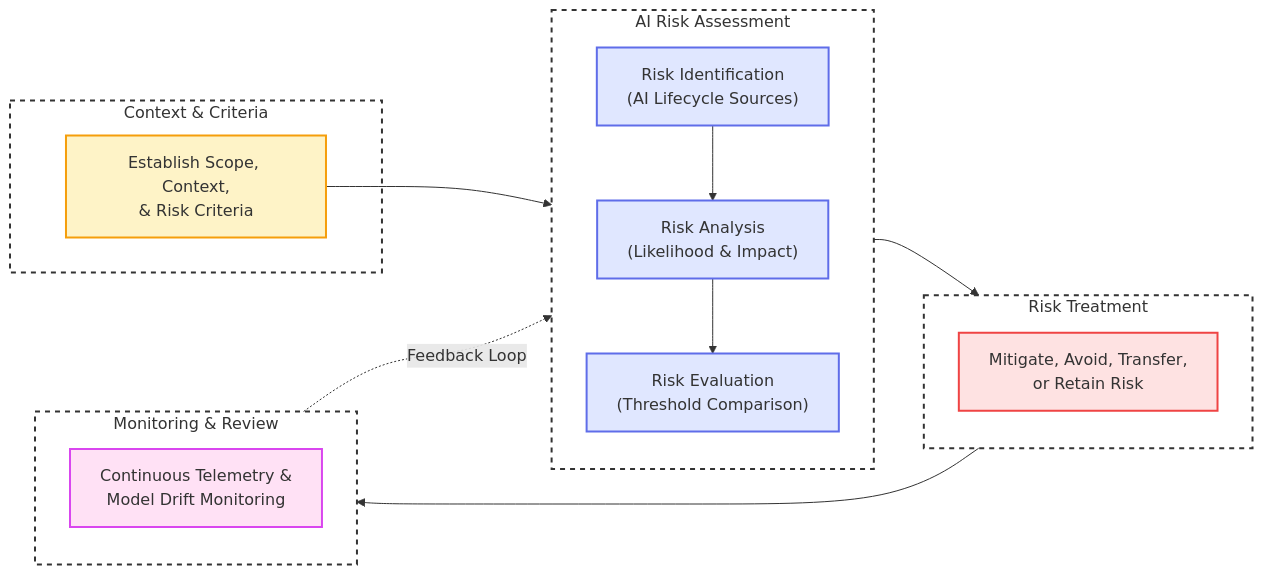
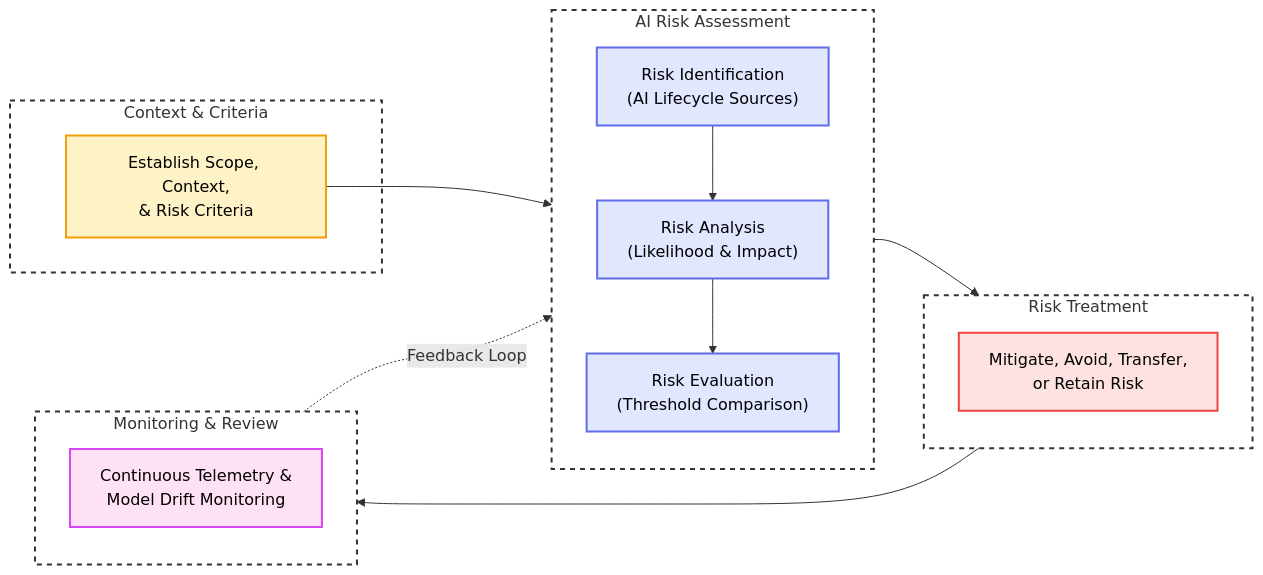
Before and after one commit to felipepenha/gurple: the diagram in docs/threat_vulnerability_risk/iso_iec_23894_2023.md, drawn with Mermaid. The commit also changed other lines of this file and 3 other files, not shown here.

Commit message:
docs(tvr): standardize Mermaid boundary styling and enforce black font contrast

````diff
--- a/docs/threat_vulnerability_risk/iso_iec_23894_2023.md
+++ b/docs/threat_vulnerability_risk/iso_iec_23894_2023.md
@@ -16,38 +16,41 @@
 ```mermaid
 flowchart LR
-    subgraph Context ["Context & Criteria"]
+    subgraph dashed_box_context ["Context & Criteria"]
         Scope["Establish Scope, Context,<br />& Risk Criteria"]
     end
-    subgraph Assessment ["AI Risk Assessment"]
+    subgraph dashed_box_assessment ["AI Risk Assessment"]
         Identify["Risk Identification<br />(AI Lifecycle Sources)"]
         Analyze["Risk Analysis<br />(Likelihood & Impact)"]
         Evaluate["Risk Evaluation<br />(Threshold Comparison)"]
         Identify --> Analyze --> Evaluate
     end
-    subgraph Treatment ["Risk Treatment"]
+    subgraph dashed_box_treatment ["Risk Treatment"]
         Action["Mitigate, Avoid, Transfer,<br />or Retain Risk"]
     end
-    subgraph Telemetry ["Monitoring & Review"]
+    subgraph dashed_box_telemetry ["Monitoring & Review"]
         Monitor["Continuous Telemetry &<br />Model Drift Monitoring"]
     end
 
-    Scope --> Assessment
-    Assessment --> Treatment
-    Treatment --> Telemetry
-    Telemetry -.->|"Feedback Loop"| Assessment
+    Scope --> dashed_box_assessment
+    dashed_box_assessment --> dashed_box_treatment
+    dashed_box_treatment --> dashed_box_telemetry
+    dashed_box_telemetry -.->|"Feedback Loop"| dashed_box_assessment
 
-    classDef red fill:#fee2e2,stroke:#ef4444,stroke-width:2px;
-    classDef yellow fill:#fef3c7,stroke:#f59e0b,stroke-width:2px;
-    classDef blue fill:#e0e7ff,stroke:#5f6de9,stroke-width:2px;
-    classDef purple fill:#ffe1f5,stroke:#d946ef,stroke-width:2px;
+    classDef red fill:#fee2e2,stroke:#ef4444,stroke-width:2px,color:#000;
+    classDef yellow fill:#fef3c7,stroke:#f59e0b,stroke-width:2px,color:#000;
+    classDef blue fill:#e0e7ff,stroke:#5f6de9,stroke-width:2px,color:#000;
+    classDef purple fill:#ffe1f5,stroke:#d946ef,stroke-width:2px,color:#000;
 
     class Scope yellow;
     class Identify,Analyze,Evaluate blue;
     class Action red;
     class Monitor purple;
 
-    style Context stroke-dasharray: 5 5, fill:none,stroke:#333,stroke-width:2px;
-    style Assessment stroke-dasharray: 5 5, fill:none,stroke:#333,stroke-width:2px;
-    style Treatment stroke-dasharray: 5 5, fill:none,stroke:#333,stroke-width:2px;
-    style Telemetry stroke-dasharray: 5 5, fill:none,stroke:#333,stroke-width:2px;
+    style dashed_box_context stroke-dasharray: 5 5, fill:none,stroke:#333,stroke-width:2px;
+
+    style dashed_box_assessment stroke-dasharray: 5 5, fill:none,stroke:#333,stroke-width:2px;
+
+    style dashed_box_treatment stroke-dasharray: 5 5, fill:none,stroke:#333,stroke-width:2px;
+
+    style dashed_box_telemetry stroke-dasharray: 5 5, fill:none,stroke:#333,stroke-width:2px;
 ```
````
